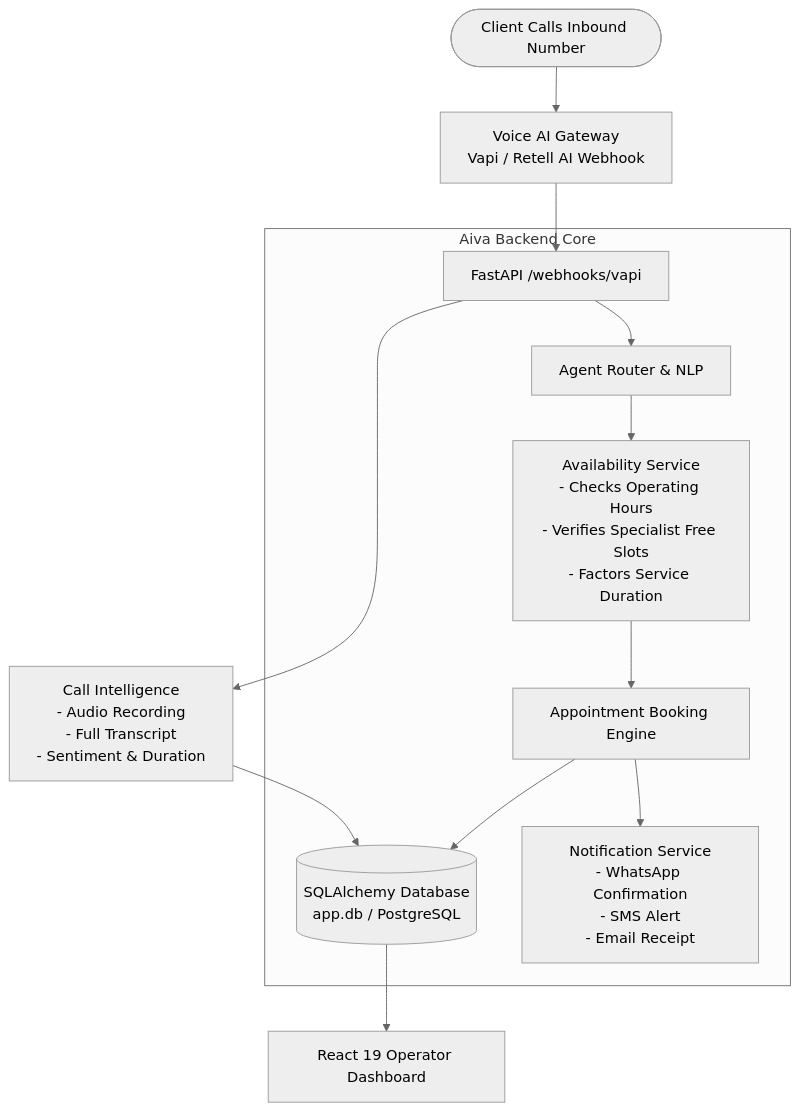
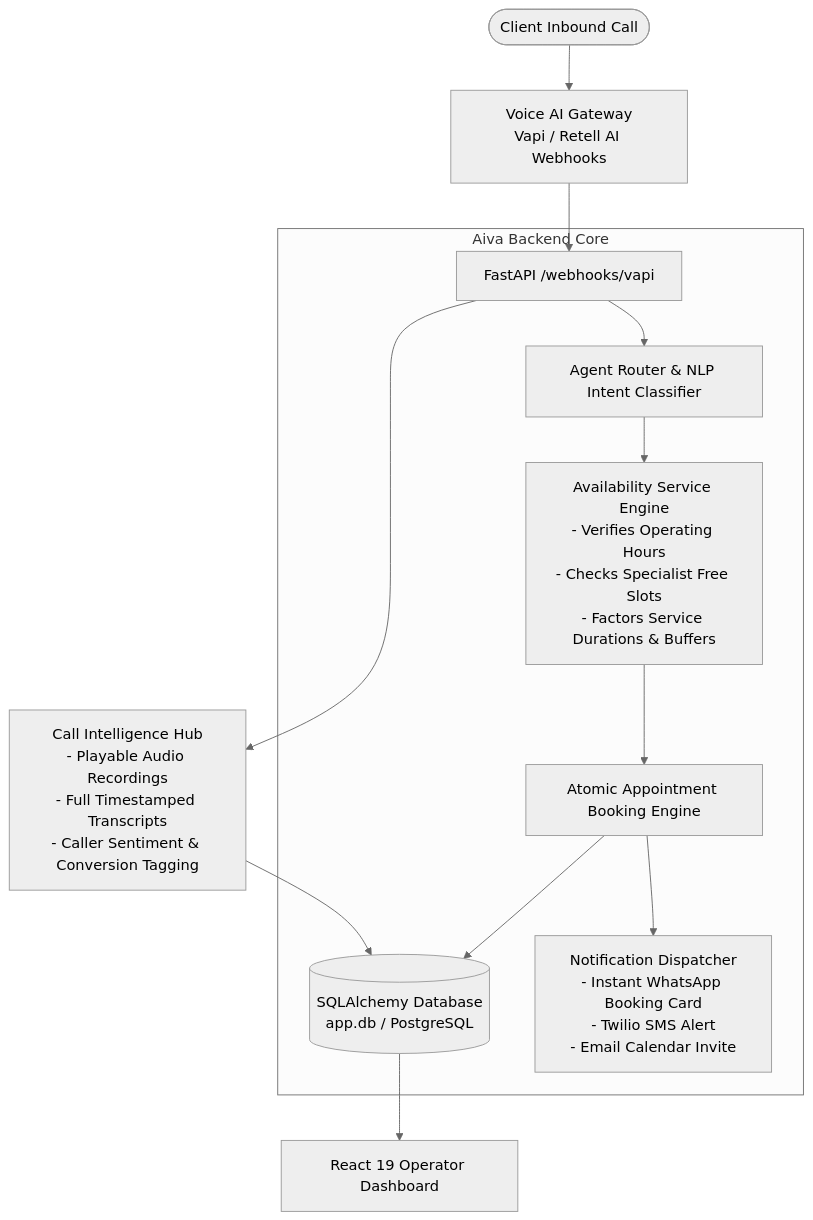
The diagram in README.md (itsgoksz/Aiva), drawn with Mermaid (neutral theme) before and after one commit. The commit also changed other lines of this file and 1 other file, not shown here.

````diff
--- a/README.md
+++ b/README.md
@@ -44,30 +52,30 @@
 ```mermaid
 flowchart TD
-    Caller([Client Calls Inbound Number]) --> VoiceProvider[Voice AI Gateway
-Vapi / Retell AI Webhook]
-    VoiceProvider --> WebhookAPI[FastAPI /webhooks/vapi]
+    Caller([Client Inbound Call]) --> VoiceGateway[Voice AI Gateway
+Vapi / Retell AI Webhooks]
+    VoiceGateway --> FastAPIServer[FastAPI /webhooks/vapi]
     
-    subgraph IntelligenceCore [Aiva Backend Core]
-        WebhookAPI --> IntentRouter[Agent Router & NLP]
-        IntentRouter --> AvailService[Availability Service
-- Checks Operating Hours
-- Verifies Specialist Free Slots
-- Factors Service Duration]
+    subgraph CoreEngine [Aiva Backend Core]
+        FastAPIServer --> Router[Agent Router & NLP Intent Classifier]
+        Router --> AvailService[Availability Service Engine
+- Verifies Operating Hours
+- Checks Specialist Free Slots
+- Factors Service Durations & Buffers]
         
-        AvailService --> BookingEngine[Appointment Booking Engine]
+        AvailService --> BookingEngine[Atomic Appointment Booking Engine]
         BookingEngine --> DB[(SQLAlchemy Database
 app.db / PostgreSQL)]
         
-        BookingEngine --> Notifs[Notification Service
-- WhatsApp Confirmation
-- SMS Alert
-- Email Receipt]
+        BookingEngine --> Notifs[Notification Dispatcher
+- Instant WhatsApp Booking Card
+- Twilio SMS Alert
+- Email Calendar Invite]
     end
 
-    WebhookAPI --> CallLogger[Call Intelligence
-- Audio Recording
-- Full Transcript
-- Sentiment & Duration]
+    FastAPIServer --> CallLogger[Call Intelligence Hub
+- Playable Audio Recordings
+- Full Timestamped Transcripts
+- Caller Sentiment & Conversion Tagging]
     CallLogger --> DB
     DB --> Dashboard[React 19 Operator Dashboard]
 ```
````
